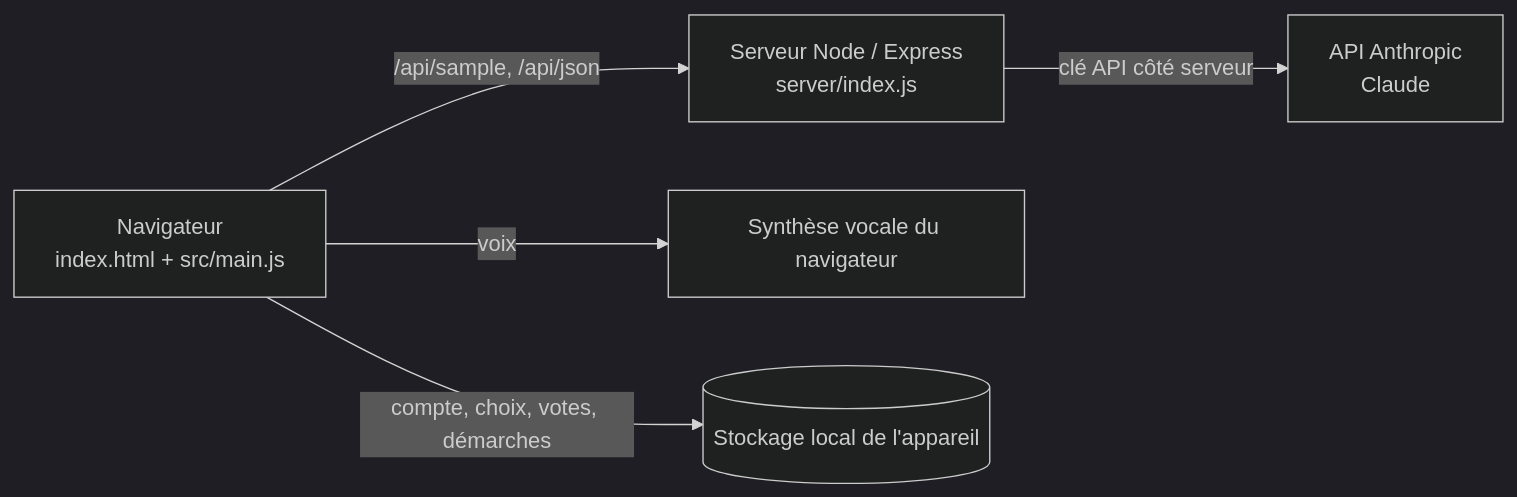
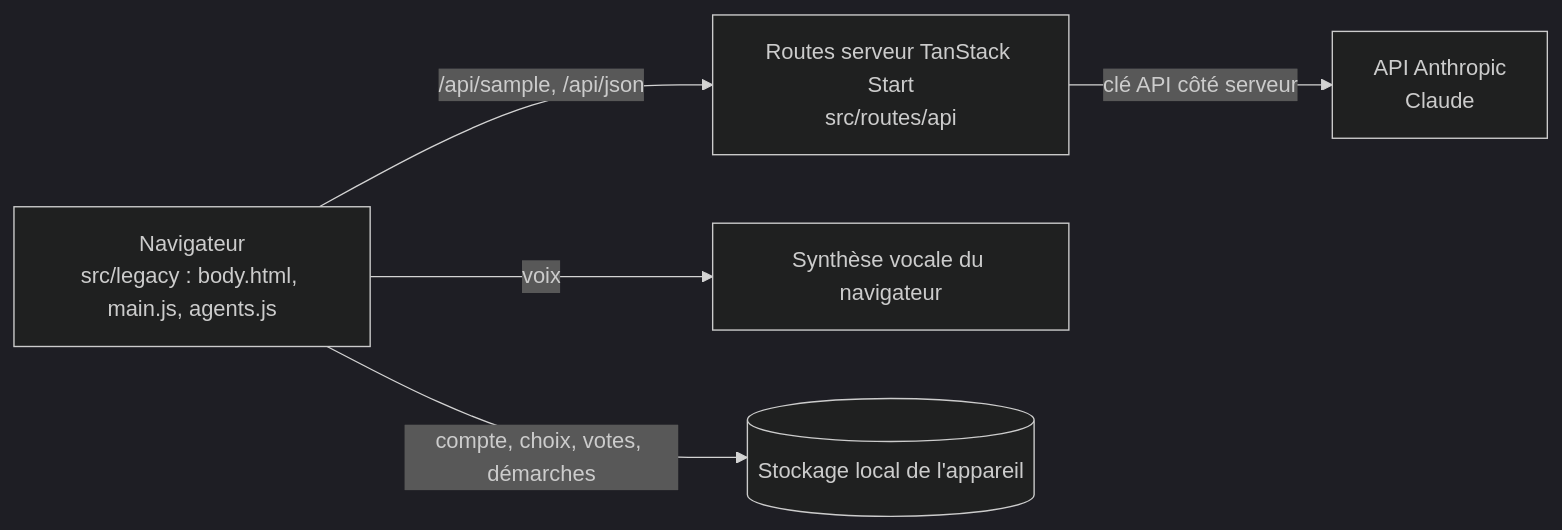
The diagram in README.md (rBadriorz/tanit-projet), drawn with Mermaid (dark theme) before and after one commit. The commit also changed other lines of this file and 2 other files, not shown here.

````diff
--- a/README.md
+++ b/README.md
@@ -47,7 +48,7 @@
 ```mermaid
 flowchart LR
-  U[Navigateur<br/>index.html + src/main.js] -->|/api/sample, /api/json| S[Serveur Node / Express<br/>server/index.js]
+  U[Navigateur<br/>src/legacy : body.html, main.js, agents.js] -->|/api/sample, /api/json| S[Routes serveur TanStack Start<br/>src/routes/api]
   S -->|clé API côté serveur| C[API Anthropic<br/>Claude]
   U -->|voix| V[Synthèse vocale du navigateur]
   U -->|compte, choix, votes, démarches| L[(Stockage local de l'appareil)]
 ```
````
